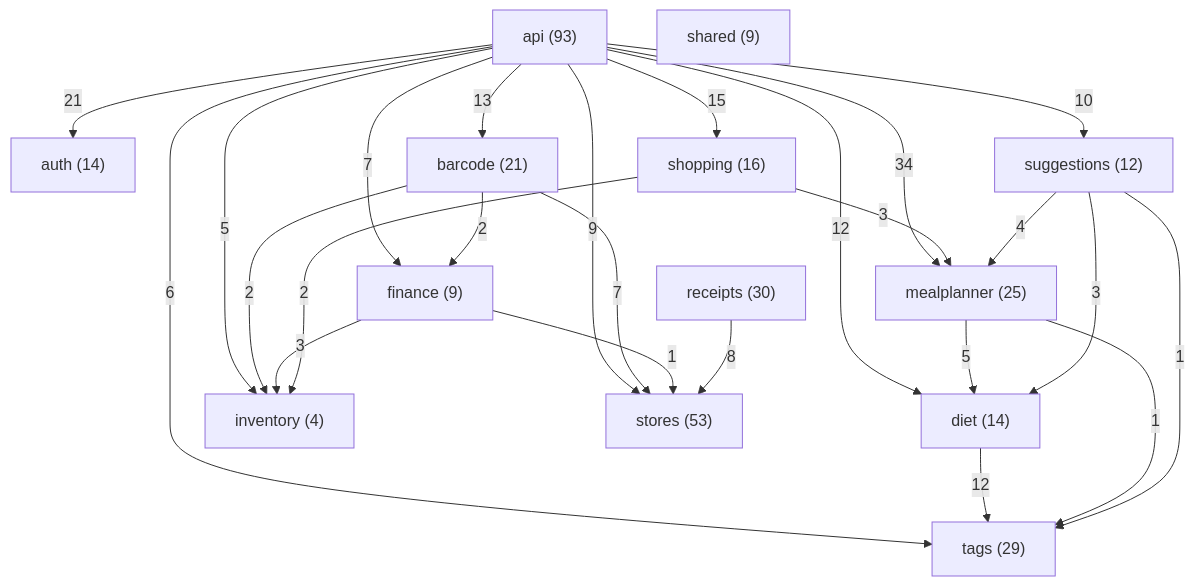
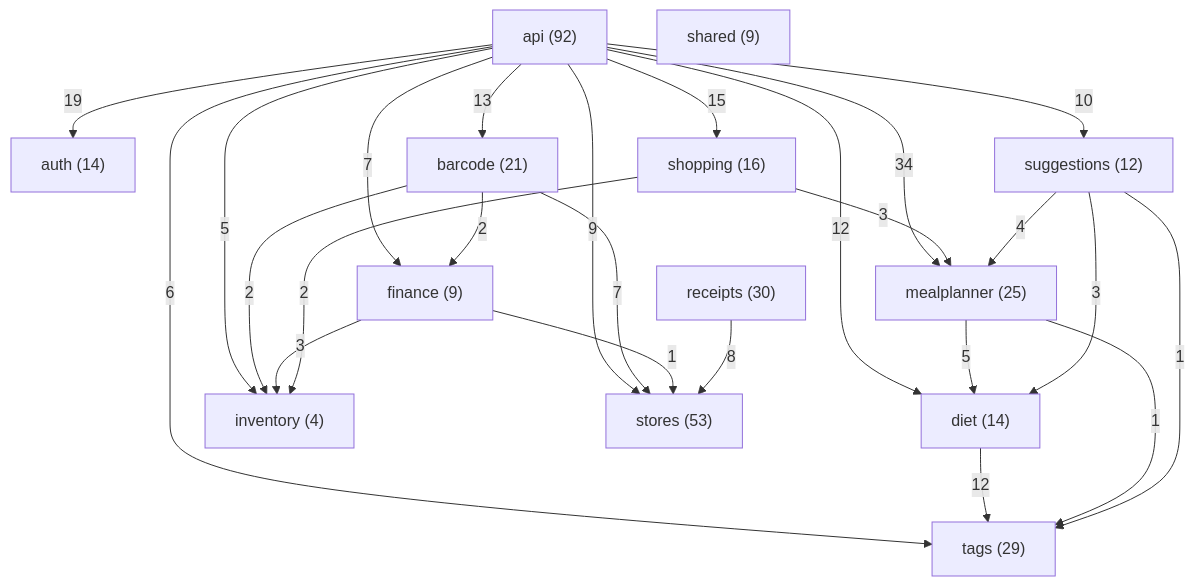
The diagram in docs/classes/README.md (Nate-ryan-7690/dahaem), drawn with Mermaid before and after one commit. The commit also changed other lines of this file and 4 other files, not shown here.

````diff
--- a/docs/classes/README.md
+++ b/docs/classes/README.md
@@ -9,40 +9,40 @@
 ```mermaid
 flowchart TD
-    api["api (93)"]
+    api["api (92)"]
     auth["auth (14)"]
     barcode["barcode (21)"]
     diet["diet (14)"]
     finance["finance (9)"]
     inventory["inventory (4)"]
     mealplanner["mealplanner (25)"]
     receipts["receipts (30)"]
     shared["shared (9)"]
     shopping["shopping (16)"]
     stores["stores (53)"]
     suggestions["suggestions (12)"]
     tags["tags (29)"]
-    api -->|21| auth
+    api -->|19| auth
     api -->|13| barcode
     api -->|12| diet
     api -->|7| finance
     api -->|5| inventory
     api -->|34| mealplanner
     api -->|15| shopping
     api -->|9| stores
     api -->|10| suggestions
     api -->|6| tags
     barcode -->|2| finance
     barcode -->|2| inventory
     barcode -->|7| stores
     diet -->|12| tags
     finance -->|3| inventory
     finance -->|1| stores
     mealplanner -->|5| diet
     mealplanner -->|1| tags
     receipts -->|8| stores
     shopping -->|2| inventory
     shopping -->|3| mealplanner
     suggestions -->|3| diet
     suggestions -->|4| mealplanner
     suggestions -->|1| tags
 ```
````
